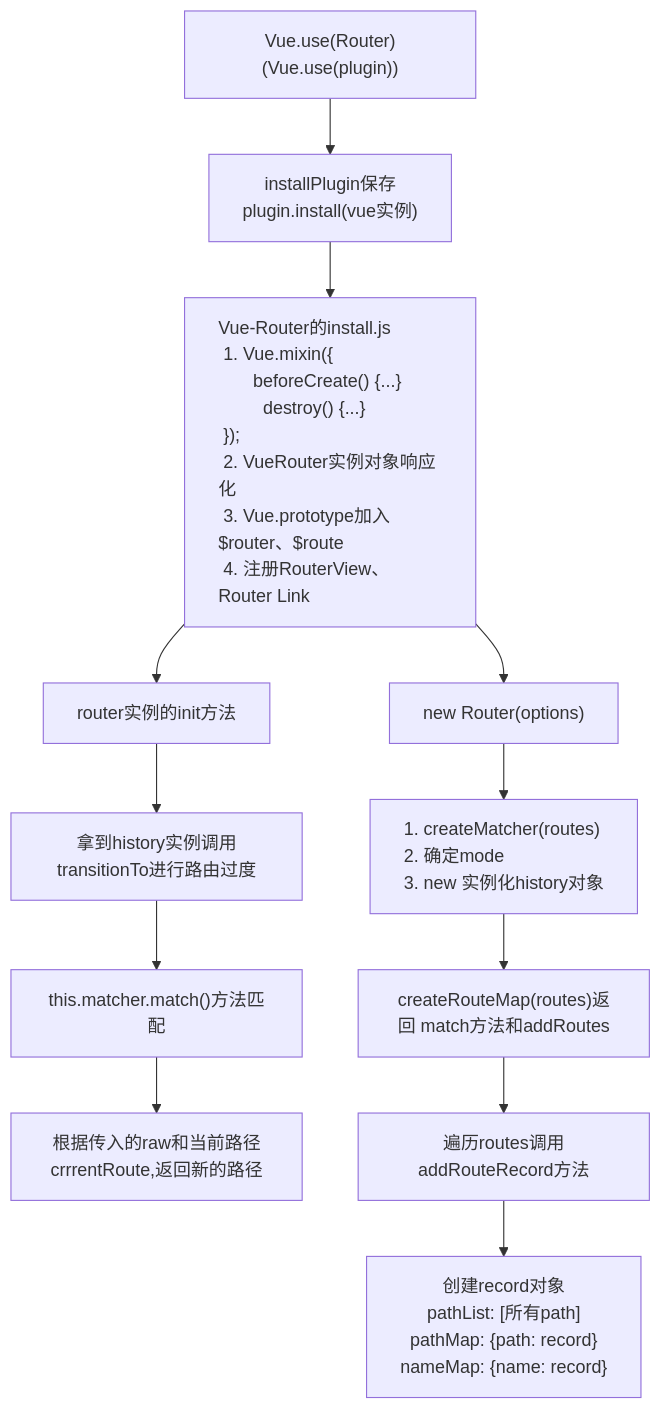
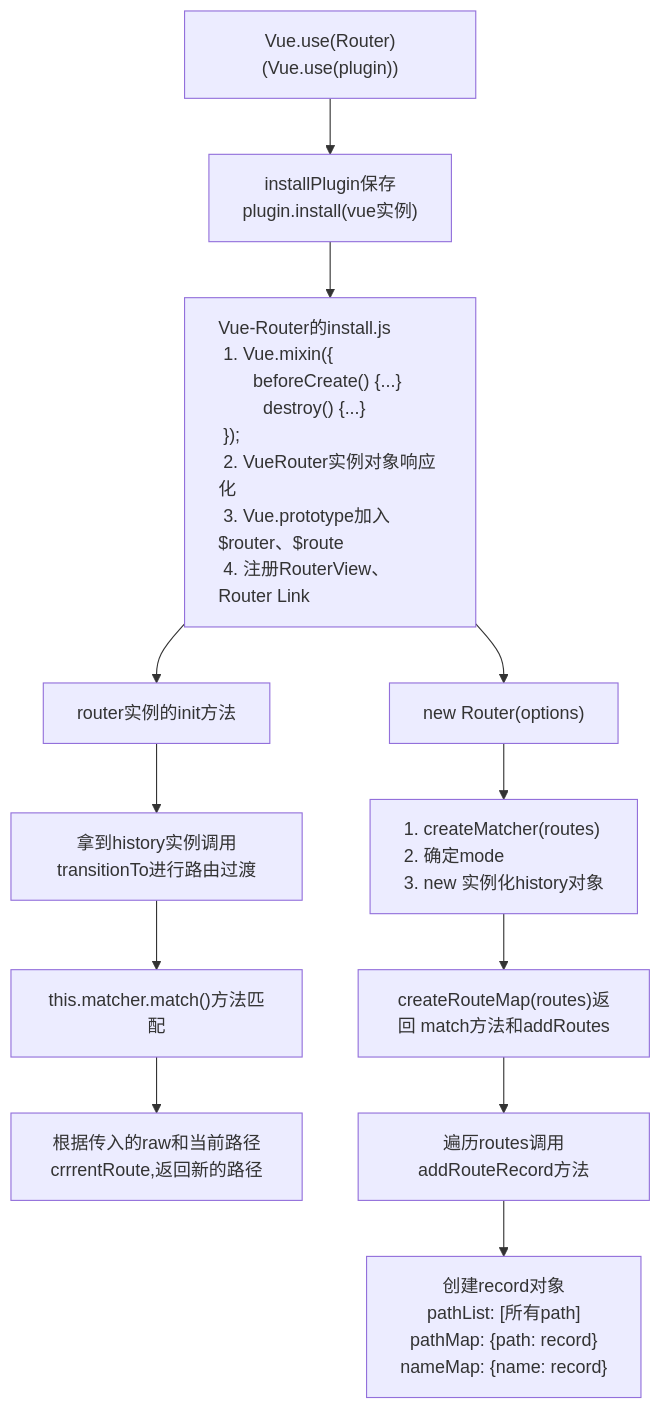
Before and after one commit to DENNIE-HONG/note: the second of 2 diagrams in src/vue/vue-router.md, drawn with Mermaid. The commit also changed other lines of this file, not shown here.

````diff
--- a/src/vue/vue-router.md
+++ b/src/vue/vue-router.md
@@ -372,13 +372,13 @@
 ```mermaid
 graph TB;
 
 V["Vue.use(Router)(Vue.use(plugin))"]-->install["installPlugin保存 \n plugin.install(vue实例)"]-->installjs["Vue-Router的install.js \n 1. Vue.mixin({ \n     #nbsp;#nbsp;beforeCreate() {...} \n       #nbsp; destroy() {...} \n }); \n 2. VueRouter实例对象响应化 \n 3. Vue.prototype加入$router、$route \n 4. 注册RouterView、Router Link "]-->n["new Router(options)"]-->Matcher["1. createMatcher(routes) \n 2. 确定mode\n 3. new 实例化history对象"];
 
-installjs-->router实例的init方法-->拿到history实例调用transitionTo进行路由过度-->this["this.matcher.match()方法匹配"]-->根据传入的raw和当前路径crrrentRoute,返回新的路径;
+installjs-->router实例的init方法-->拿到history实例调用transitionTo进行路由过渡-->this["this.matcher.match()方法匹配"]-->根据传入的raw和当前路径crrrentRoute,返回新的路径;
 
 Matcher-->createRoute["createRouteMap(routes)返回 match方法和addRoutes"]-->遍历routes调用addRouteRecord方法-->record["创建record对象 \n pathList: [所有path] \n pathMap: {path: record} \n nameMap: {name: record}"]
 
 style installjs text-align: left;
 style Matcher text-align: left;
 
 ```
````
